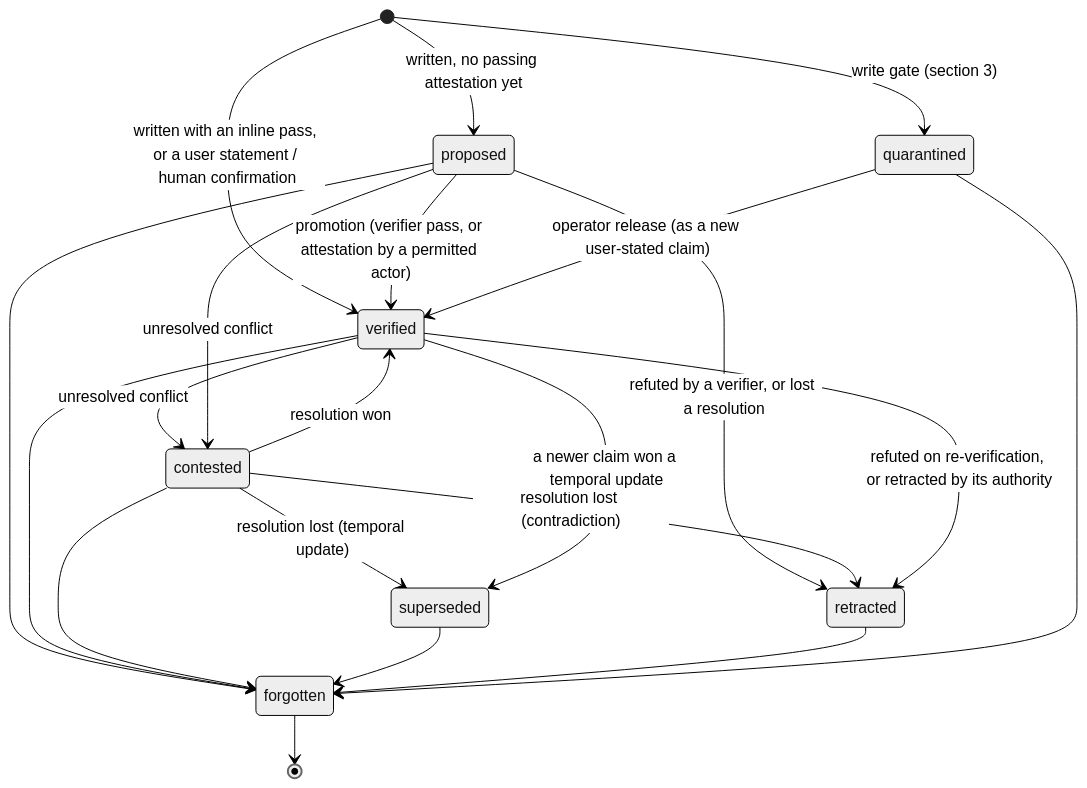
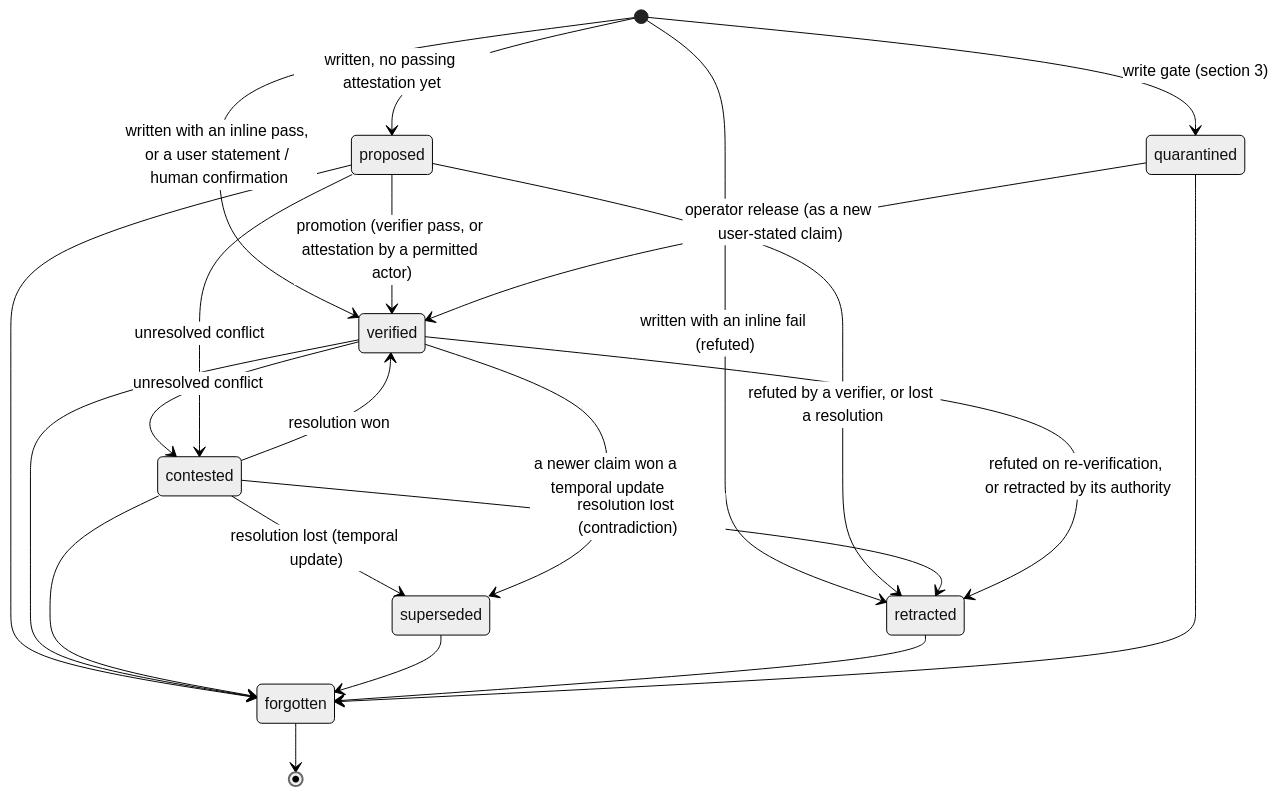
One commit to themightywolfie/ledger changed the diagram in docs/design/claims-and-integrity.md. Above: the diagram before and after it, drawn with Mermaid (neutral theme). The commit also changed other lines of this file and 40 other files, not shown here.

````diff
--- a/docs/design/claims-and-integrity.md
+++ b/docs/design/claims-and-integrity.md
@@ -108,23 +108,24 @@
 ```mermaid
 stateDiagram-v2
   [*] --> proposed: written, no passing attestation yet
   [*] --> verified: written with an inline pass, or a user statement / human confirmation
+  [*] --> retracted: written with an inline fail (refuted)
   [*] --> quarantined: write gate (section 3)
   proposed --> verified: promotion (verifier pass, or attestation by a permitted actor)
   proposed --> retracted: refuted by a verifier, or lost a resolution
   verified --> contested: unresolved conflict
   proposed --> contested: unresolved conflict
   contested --> verified: resolution won
   contested --> retracted: resolution lost (contradiction)
   contested --> superseded: resolution lost (temporal update)
   verified --> superseded: a newer claim won a temporal update
   verified --> retracted: refuted on re-verification, or retracted by its authority
   quarantined --> verified: operator release (as a new user-stated claim)
   proposed --> forgotten
   verified --> forgotten
   contested --> forgotten
   superseded --> forgotten
   retracted --> forgotten
   quarantined --> forgotten
   forgotten --> [*]
 ```
````
